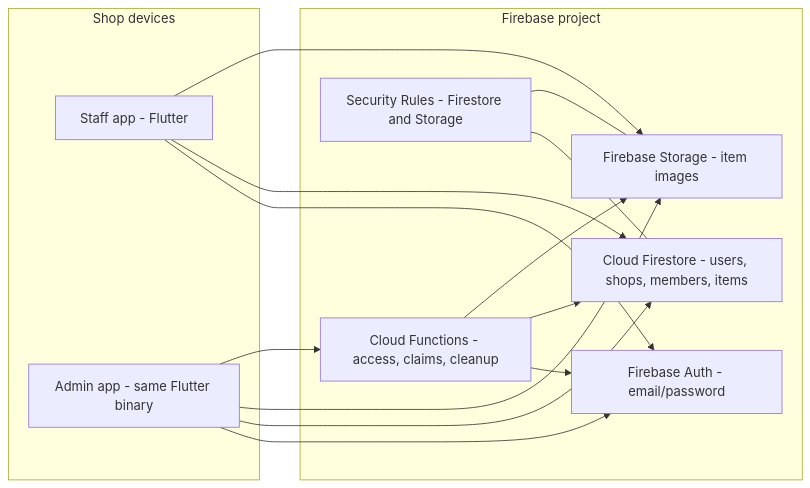
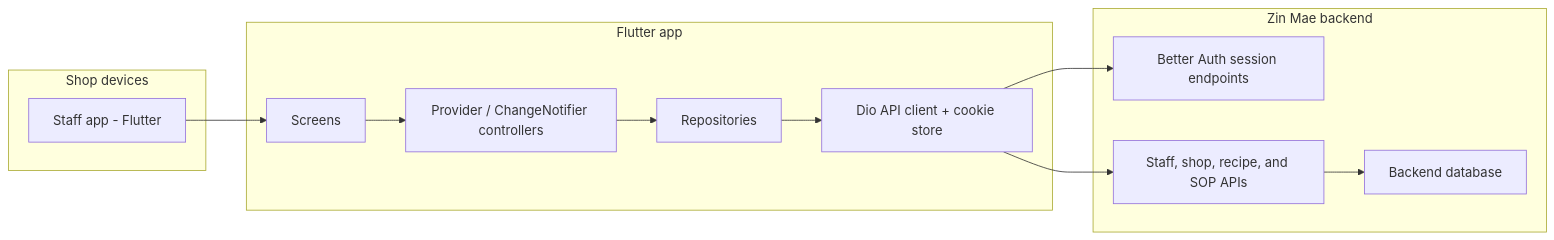
One commit to ryan11-tech/kivy-desktop-sop changed the first of 9 diagrams in ARCHITECTURE-flutter.md. Above: the diagram before and after it, drawn with Mermaid. The commit also changed other lines of this file and 46 other files, not shown here.

First line of the commit message:
feat: staff admin portal, per-device PIN lock, and privacy guards

````diff
--- a/ARCHITECTURE-flutter.md
+++ b/ARCHITECTURE-flutter.md
@@ -24,28 +24,27 @@
 ```mermaid
 flowchart LR
     subgraph Devices["Shop devices"]
         Staff["Staff app - Flutter"]
-        Admin["Admin app - same Flutter binary"]
     end
 
-    subgraph Firebase["Firebase project"]
-        Auth["Firebase Auth - email/password"]
-        FS["Cloud Firestore - users, shops, members, items"]
-        Storage["Firebase Storage - item images"]
-        Fns["Cloud Functions - access, claims, cleanup"]
-        Rules["Security Rules - Firestore and Storage"]
+    subgraph App["Flutter app"]
+        UI["Screens"]
+        State["Provider / ChangeNotifier controllers"]
+        Repo["Repositories"]
+        Dio["Dio API client + cookie store"]
     end
 
-    Staff --> Auth
-    Admin --> Auth
-    Staff --> FS
-    Admin --> FS
-    Admin --> Storage
-    Staff --> Storage
-    Admin --> Fns
-    Fns --> Auth
-    Fns --> FS
-    Fns --> Storage
-    Rules --- FS
-    Rules --- Storage
+    subgraph Backend["Zin Mae backend"]
+        Auth["Better Auth session endpoints"]
+        API["Staff, shop, recipe, and SOP APIs"]
+        DB["Backend database"]
+    end
+
+    Staff --> UI
+    UI --> State
+    State --> Repo
+    Repo --> Dio
+    Dio --> Auth
+    Dio --> API
+    API --> DB
 ```
````
